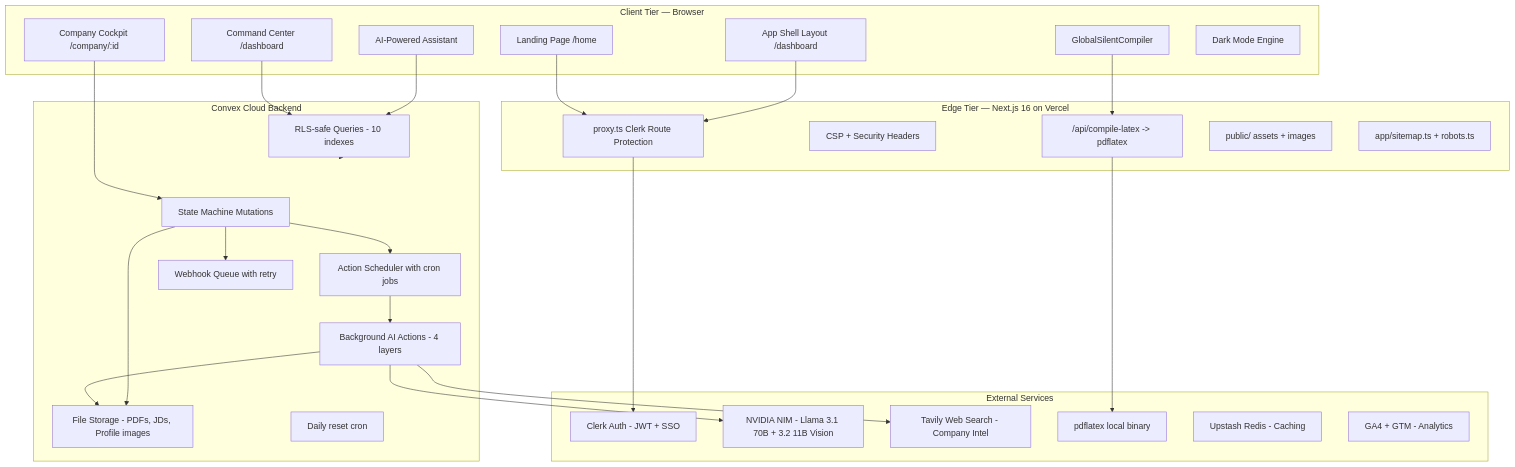
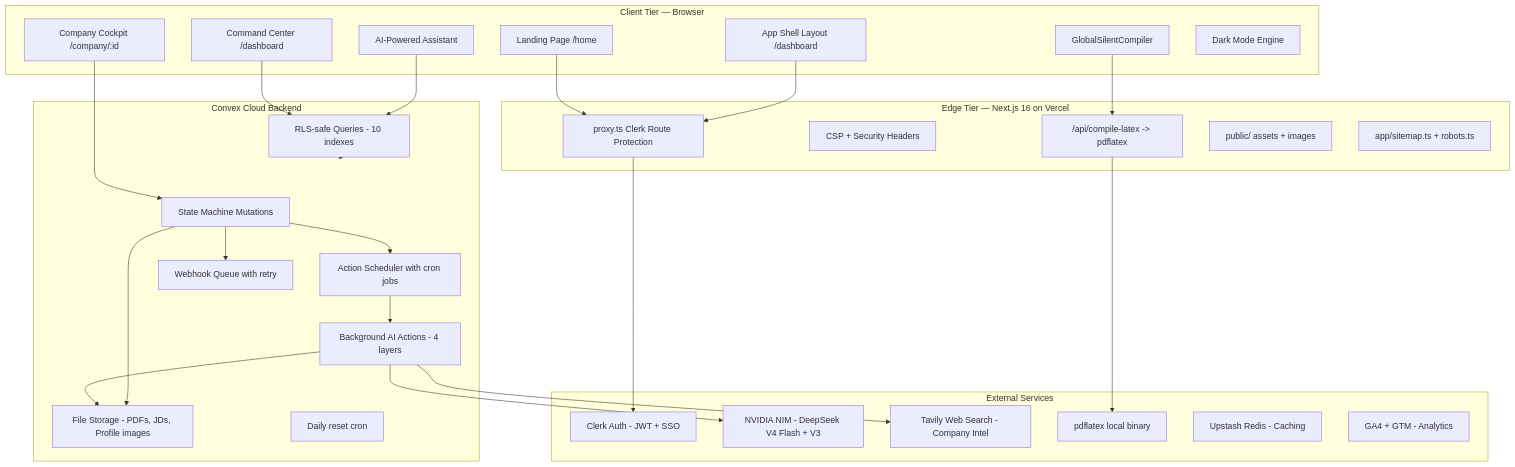
The first of 5 diagrams in README.md (Harshithk951/Resume-Flow), drawn with Mermaid before and after one commit. The commit also changed other lines of this file, not shown here.

````diff
--- a/README.md
+++ b/README.md
@@ -255,56 +255,56 @@
 ```mermaid
 flowchart TB
   subgraph clientTier [Client Tier — Browser]
     Landing[Landing Page /home]
     AppShell[App Shell Layout /dashboard]
     Dashboard[Command Center /dashboard]
     Cockpit[Company Cockpit /company/:id]
     ChatBot[AI-Powered Assistant]
     Compiler[GlobalSilentCompiler]
     Theme[Dark Mode Engine]
   end
 
   subgraph edgeTier [Edge Tier — Next.js 16 on Vercel]
     Proxy[proxy.ts Clerk Route Protection]
     Headers[CSP + Security Headers]
     LaTeXAPI["/api/compile-latex -> pdflatex"]
     StaticAssets[public/ assets + images]
     Sitemap[app/sitemap.ts + robots.ts]
   end
 
   subgraph convexTier [Convex Cloud Backend]
     Queries[RLS-safe Queries - 10 indexes]
     Mutations[State Machine Mutations]
     Actions[Background AI Actions - 4 layers]
     Scheduler[Action Scheduler with cron jobs]
     Storage[File Storage - PDFs, JDs, Profile images]
     Webhooks[Webhook Queue with retry]
     Crons[Daily reset cron]
   end
 
   subgraph externalTier [External Services]
     Clerk[Clerk Auth - JWT + SSO]
-    NIM[NVIDIA NIM - Llama 3.1 70B + 3.2 11B Vision]
+    NIM[NVIDIA NIM - DeepSeek V4 Flash + V3]
     Tavily[Tavily Web Search - Company Intel]
     PDFTeX[pdflatex local binary]
     Redis[Upstash Redis - Caching]
     GA4[GA4 + GTM - Analytics]
   end
 
   Landing --> Proxy
   AppShell --> Proxy
   Proxy --> Clerk
   Dashboard --> Queries
   Cockpit --> Mutations
   ChatBot --> Queries
   Compiler --> LaTeXAPI
   LaTeXAPI --> PDFTeX
   Queries --> convexTier
   Mutations --> Scheduler
   Scheduler --> Actions
   Actions --> NIM
   Actions --> Tavily
   Actions --> Storage
   Mutations --> Storage
   Mutations --> Webhooks
 ```
````
